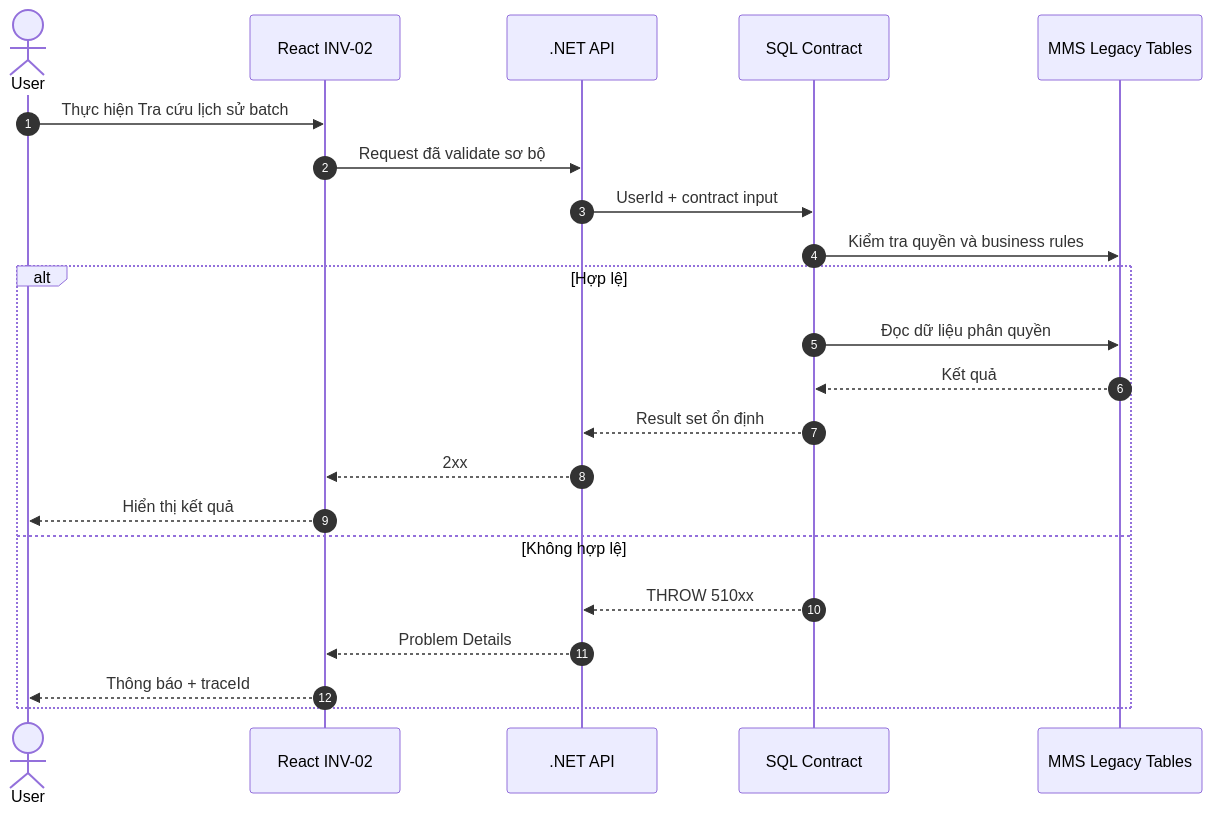
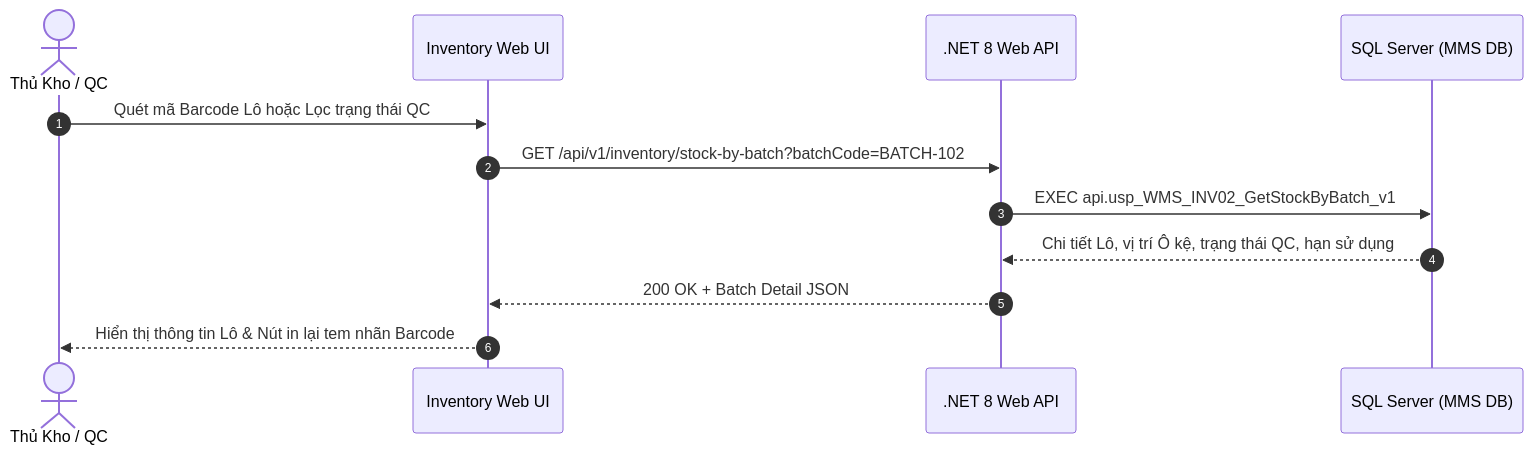
Before and after one commit to Sohoa-KNSG/mms: the diagram in docs/03-use-cases/UC-17_INV-02.md, drawn with Mermaid. The commit also changed other lines of this file and 43 other files, not shown here.

````diff
--- a/docs/03-use-cases/UC-17_INV-02.md
+++ b/docs/03-use-cases/UC-17_INV-02.md
@@ -193,24 +58,15 @@
-~~~mermaid
+```mermaid
 sequenceDiagram
     autonumber
-    actor User
-    participant UI as React INV-02
-    participant API as .NET API
-    participant SP as SQL Contract
-    participant DB as MMS Legacy Tables
-    User->>UI: Thực hiện Tra cứu lịch sử batch
-    UI->>API: Request đã validate sơ bộ
-    API->>SP: UserId + contract input
-    SP->>DB: Kiểm tra quyền và business rules
-    alt Hợp lệ
-        SP->>DB: Đọc dữ liệu phân quyền
-        DB-->>SP: Kết quả
-        SP-->>API: Result set ổn định
-        API-->>UI: 2xx
-        UI-->>User: Hiển thị kết quả
-    else Không hợp lệ
-        SP-->>API: THROW 510xx
-        API-->>UI: Problem Details
-        UI-->>User: Thông báo + traceId
-    end
-~~~
+    actor User as Thủ Kho / QC
+    participant UI as Inventory Web UI
+    participant API as .NET 8 Web API
+    participant DB as SQL Server (MMS DB)
+
+    User->>UI: Quét mã Barcode Lô hoặc Lọc trạng thái QC
+    UI->>API: GET /api/v1/inventory/stock-by-batch?batchCode=BATCH-102
+    API->>DB: EXEC api.usp_WMS_INV02_GetStockByBatch_v1
+    DB-->>API: Chi tiết Lô, vị trí Ô kệ, trạng thái QC, hạn sử dụng
+    API-->>UI: 200 OK + Batch Detail JSON
+    UI-->>User: Hiển thị thông tin Lô & Nút in lại tem nhãn Barcode
+```
````
